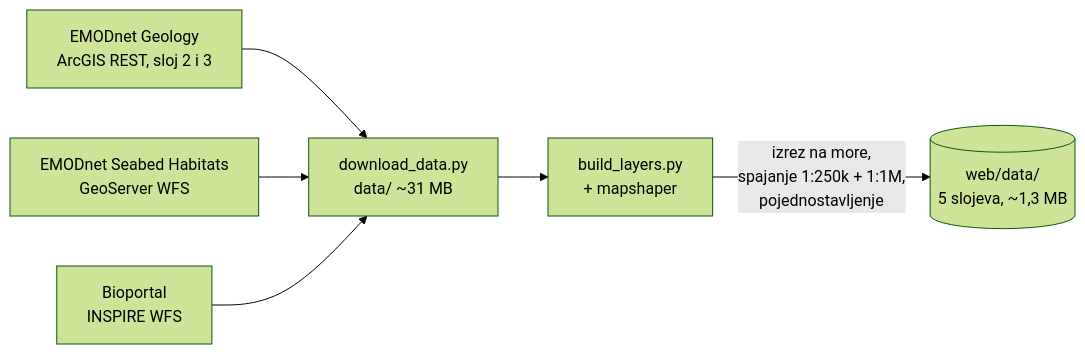
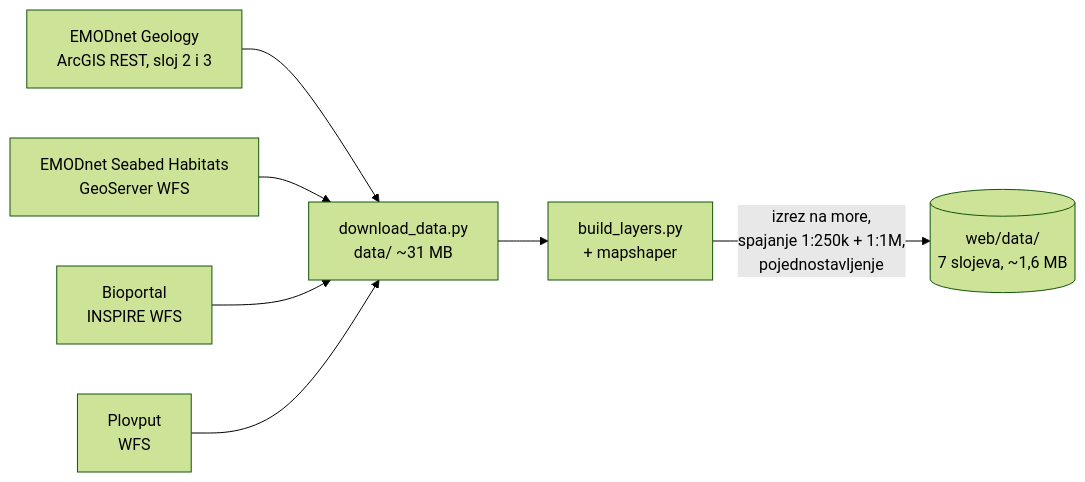
Before and after one commit to LovroBlagic/sigurno-sidriste: the second of 3 diagrams in docs/ARHITEKTURA.md, drawn with Mermaid (forest theme). The commit also changed other lines of this file and 9 other files, not shown here.

````diff
--- a/docs/ARHITEKTURA.md
+++ b/docs/ARHITEKTURA.md
@@ -56,8 +56,9 @@
 ```mermaid
 flowchart LR
   G[EMODnet Geology<br/>ArcGIS REST, sloj 2 i 3] --> D
   H[EMODnet Seabed Habitats<br/>GeoServer WFS] --> D
   B[Bioportal<br/>INSPIRE WFS] --> D
+  PV[Plovput<br/>WFS] --> D
   D[download_data.py<br/>data/ ~31 MB] --> P[build_layers.py<br/>+ mapshaper]
-  P -->|izrez na more,<br/>spajanje 1:250k + 1:1M,<br/>pojednostavljenje| L[(web/data/<br/>5 slojeva, ~1,3 MB)]
+  P -->|izrez na more,<br/>spajanje 1:250k + 1:1M,<br/>pojednostavljenje| L[(web/data/<br/>7 slojeva, ~1,6 MB)]
 ```
````
